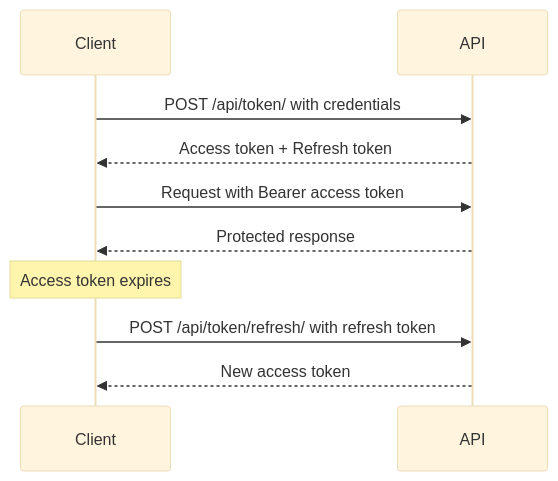
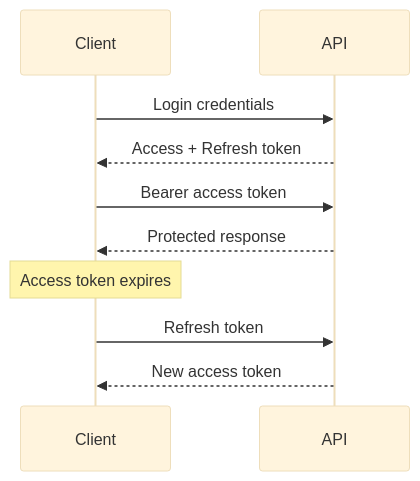
The fifth of 7 diagrams in src/content/drf/authentication.md (AvadhBhalodiya/Interview-Preparation), drawn with Mermaid (base theme) before and after one commit. The commit also changed other lines of this file and 80 other files, not shown here.

````diff
--- a/src/content/drf/authentication.md
+++ b/src/content/drf/authentication.md
@@ -586,13 +248,13 @@
 ```mermaid
 sequenceDiagram
     participant Client
     participant API
 
-    Client->>API: POST /api/token/ with credentials
-    API-->>Client: Access token + Refresh token
-    Client->>API: Request with Bearer access token
+    Client->>API: Login credentials
+    API-->>Client: Access + Refresh token
+    Client->>API: Bearer access token
     API-->>Client: Protected response
     Note over Client: Access token expires
-    Client->>API: POST /api/token/refresh/ with refresh token
+    Client->>API: Refresh token
     API-->>Client: New access token
 ```
````
